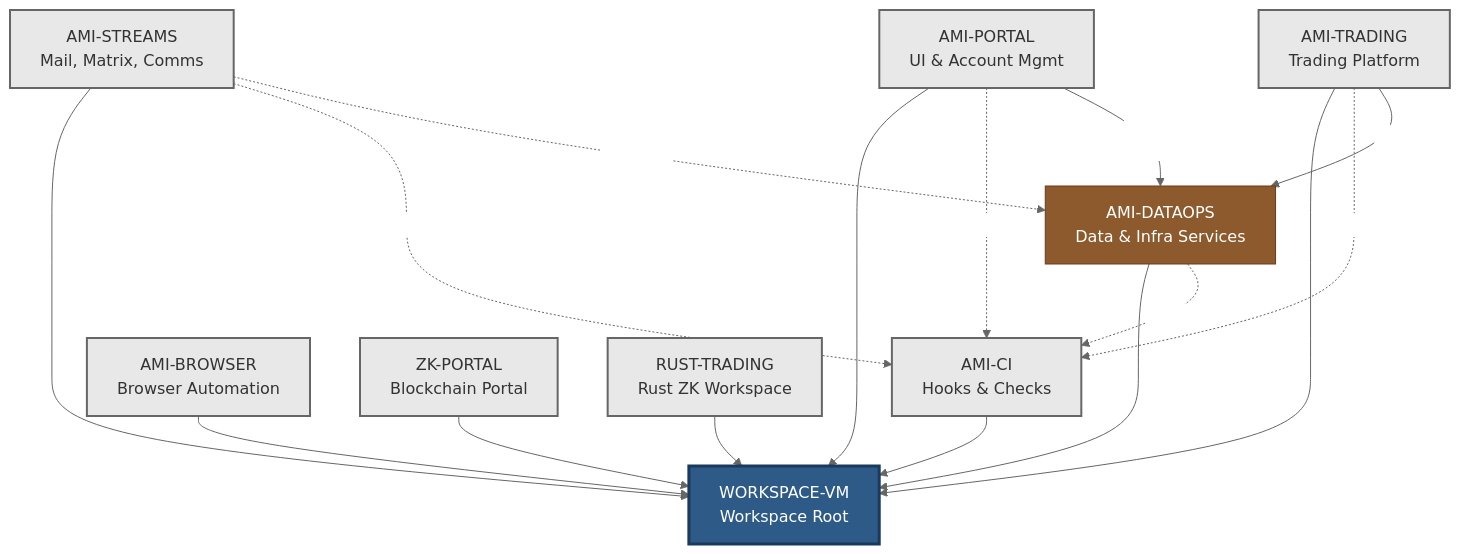
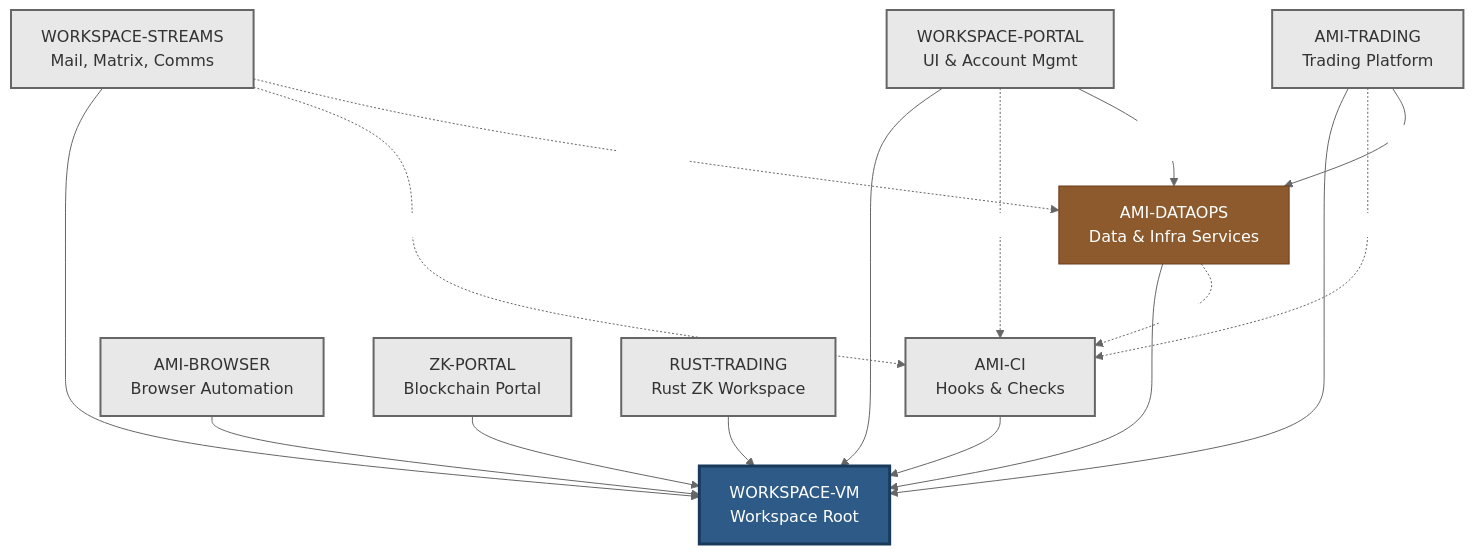
The fifth of 6 diagrams in docs/archive/v2/DEPENDENCY-MAP.md (Independent-AI-Labs/WORKSPACE-VM), drawn with Mermaid (neutral theme) before and after one commit. The commit also changed other lines of this file and 27 other files, not shown here.

First line of the commit message:
refactor: rename AMI-PORTAL/AMI-STREAMS to WORKSPACE-PORTAL/WORKSPACE-STREAMS

````diff
--- a/docs/archive/v2/DEPENDENCY-MAP.md
+++ b/docs/archive/v2/DEPENDENCY-MAP.md
@@ -197,38 +197,38 @@
 ```mermaid
 graph TB
     classDef root fill:#2d5a87,stroke:#1a3a5c,color:#fff,stroke-width:3px
     classDef proj fill:#e8e8e8,stroke:#666,stroke-width:2px,color:#333
     classDef infra fill:#8c5a2d,stroke:#6c3a1a,color:#fff
 
     AGENTS[WORKSPACE-VM\nWorkspace Root]:::root
 
     CI[AMI-CI\nHooks & Checks]:::proj
     DATAOPS[AMI-DATAOPS\nData & Infra Services]:::infra
-    STREAMS[AMI-STREAMS\nMail, Matrix, Comms]:::proj
-    PORTAL[AMI-PORTAL\nUI & Account Mgmt]:::proj
+    STREAMS[WORKSPACE-STREAMS\nMail, Matrix, Comms]:::proj
+    PORTAL[WORKSPACE-PORTAL\nUI & Account Mgmt]:::proj
     TRADING[AMI-TRADING\nTrading Platform]:::proj
     BROWSER[AMI-BROWSER\nBrowser Automation]:::proj
     ZK[ZK-PORTAL\nBlockchain Portal]:::proj
     RUST[RUST-TRADING\nRust ZK Workspace]:::proj
 
     %% All projects depend on workspace root
     CI --> AGENTS
     DATAOPS --> AGENTS
     STREAMS --> AGENTS
     PORTAL --> AGENTS
     TRADING --> AGENTS
     BROWSER --> AGENTS
     ZK --> AGENTS
     RUST --> AGENTS
 
     %% CI provides hooks to everyone
     DATAOPS -. "hooks" .-> CI
     STREAMS -. "hooks" .-> CI
     PORTAL -. "hooks" .-> CI
     TRADING -. "hooks" .-> CI
 
     %% DATAOPS provides infrastructure
     PORTAL -- "Keycloak\nOpenBao" --> DATAOPS
     TRADING -- "Keycloak" --> DATAOPS
     STREAMS -. "compose\nservices" .-> DATAOPS
 ```
````
